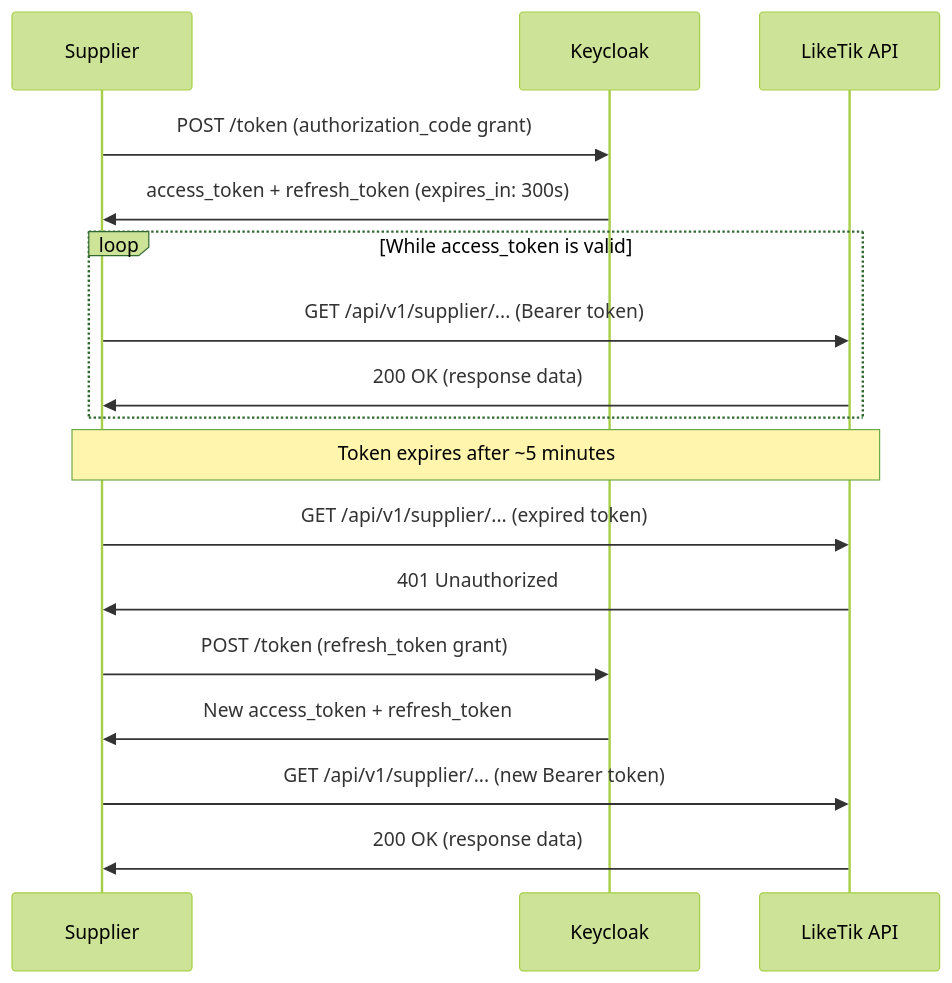
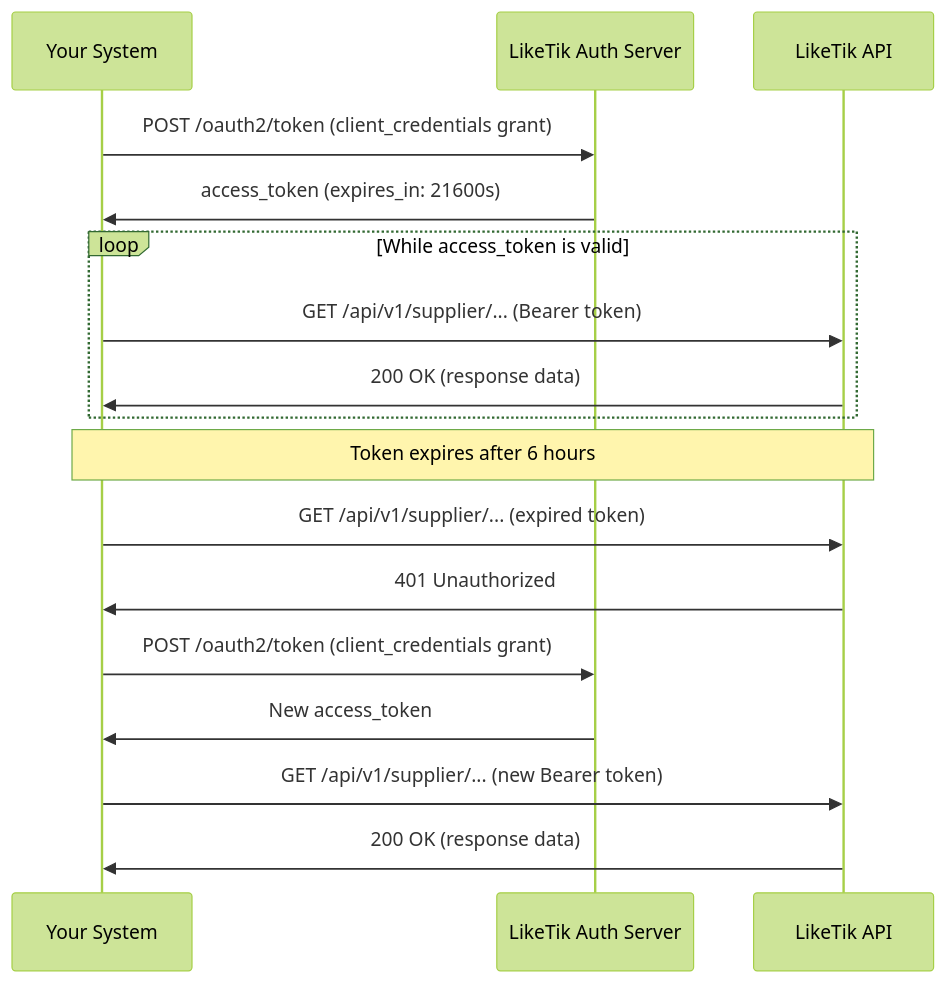
One commit to LikeTik-Development/LikeTik-Backend-Supplier-Docs changed the diagram in src/content/docs/03-authentication.md. Above: the diagram before and after it, drawn with Mermaid (forest theme). The commit also changed other lines of this file and 9 other files, not shown here.

Commit message:
docs: self-managed auth (client_credentials, 6h tokens), real base URLs, bulk imports, image mirroring, support@ contact

````diff
--- a/src/content/docs/03-authentication.md
+++ b/src/content/docs/03-authentication.md
@@ -110,25 +85,25 @@
 ```mermaid
 sequenceDiagram
-    participant Supplier as Supplier
-    participant Keycloak as Keycloak
+    participant Supplier as Your System
+    participant Auth as LikeTik Auth Server
     participant API as LikeTik API
 
-    Supplier->>Keycloak: POST /token (authorization_code grant)
-    Keycloak->>Supplier: access_token + refresh_token (expires_in: 300s)
+    Supplier->>Auth: POST /oauth2/token (client_credentials grant)
+    Auth->>Supplier: access_token (expires_in: 21600s)
 
     loop While access_token is valid
         Supplier->>API: GET /api/v1/supplier/... (Bearer token)
         API->>Supplier: 200 OK (response data)
     end
 
-    Note over Supplier,API: Token expires after ~5 minutes
+    Note over Supplier,API: Token expires after 6 hours
 
     Supplier->>API: GET /api/v1/supplier/... (expired token)
     API->>Supplier: 401 Unauthorized
 
-    Supplier->>Keycloak: POST /token (refresh_token grant)
-    Keycloak->>Supplier: New access_token + refresh_token
+    Supplier->>Auth: POST /oauth2/token (client_credentials grant)
+    Auth->>Supplier: New access_token
 
     Supplier->>API: GET /api/v1/supplier/... (new Bearer token)
     API->>Supplier: 200 OK (response data)
 ```
````
